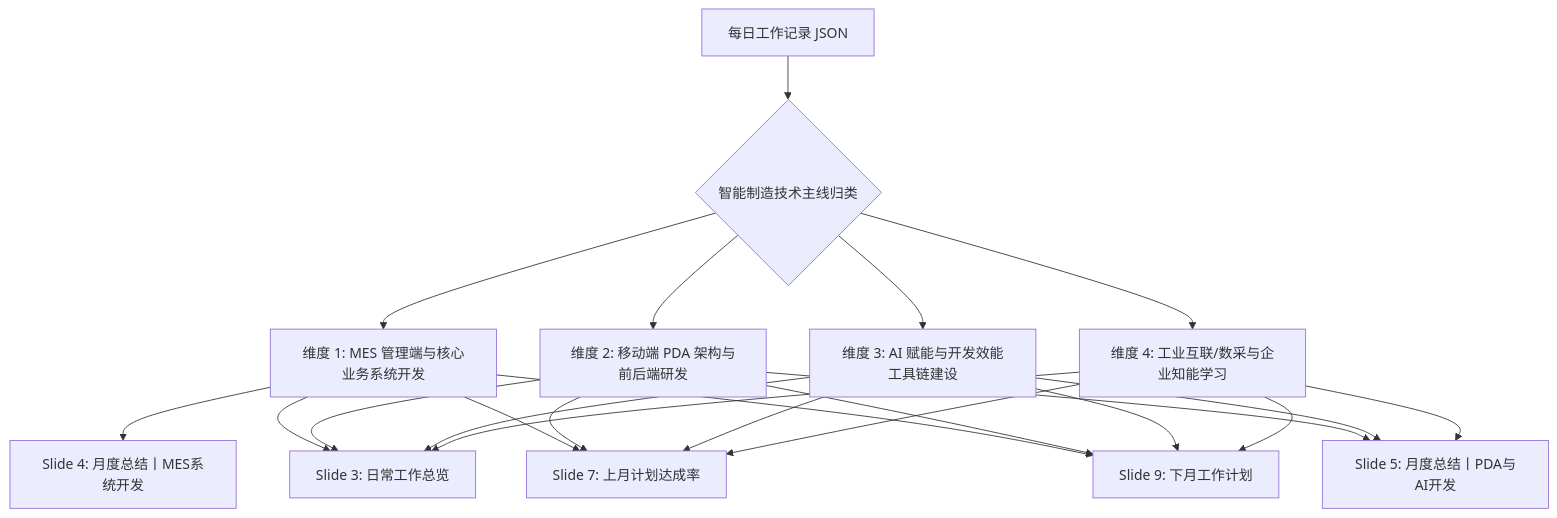
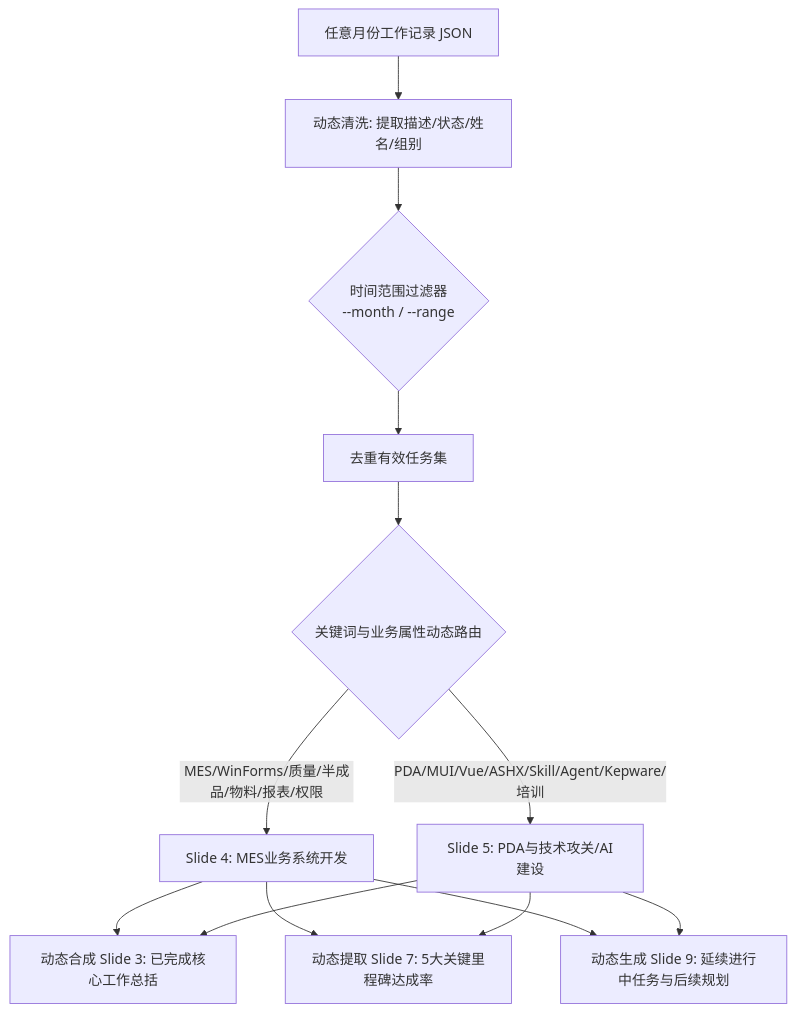
The diagram in mes-monthly-report/SKILL.md (saru54/skill), drawn with Mermaid before and after one commit. The commit also changed other lines of this file and 1 other file, not shown here.

Commit message:
fix(monthly-report): remove hardcoded task arrays and implement dynamic JSON parsing and categorization engine

````diff
--- a/mes-monthly-report/SKILL.md
+++ b/mes-monthly-report/SKILL.md
@@ -95,16 +106,14 @@
 ```mermaid
 graph TD
-    Raw[每日工作记录 JSON] --> Categorize{智能制造技术主线归类}
-    Categorize --> Dim1[维度 1: MES 管理端与核心业务系统开发]
-    Categorize --> Dim2[维度 2: 移动端 PDA 架构与前后端研发]
-    Categorize --> Dim3[维度 3: AI 赋能与开发效能工具链建设]
-    Categorize --> Dim4[维度 4: 工业互联/数采与企业知能学习]
+    Raw[任意月份工作记录 JSON] --> Parser[动态清洗: 提取描述/状态/姓名/组别]
+    Parser --> Filter{时间范围过滤器<br>--month / --range}
+    Filter --> CleanTasks[去重有效任务集]
     
-    Dim1 --> Slide4[Slide 4: 月度总结丨MES系统开发]
-    Dim2 --> Slide5[Slide 5: 月度总结丨PDA与AI开发]
-    Dim3 --> Slide5
-    Dim4 --> Slide5
-    Dim1 & Dim2 & Dim3 & Dim4 --> Slide3[Slide 3: 日常工作总览]
-    Dim1 & Dim2 & Dim3 & Dim4 --> Slide7[Slide 7: 上月计划达成率]
-    Dim1 & Dim2 & Dim3 & Dim4 --> Slide9[Slide 9: 下月工作计划]
+    CleanTasks --> KeywordRouter{关键词与业务属性动态路由}
+    KeywordRouter -->|MES/WinForms/质量/半成品/物料/报表/权限| S4[Slide 4: MES业务系统开发]
+    KeywordRouter -->|PDA/MUI/Vue/ASHX/Skill/Agent/Kepware/培训| S5[Slide 5: PDA与技术攻关/AI建设]
+    
+    S4 & S5 --> SynthS3[动态合成 Slide 3: 已完成核心工作总括]
+    S4 & S5 --> SynthS7[动态提取 Slide 7: 5大关键里程碑达成率]
+    S4 & S5 --> SynthS9[动态生成 Slide 9: 延续进行中任务与后续规划]
 ```
````
